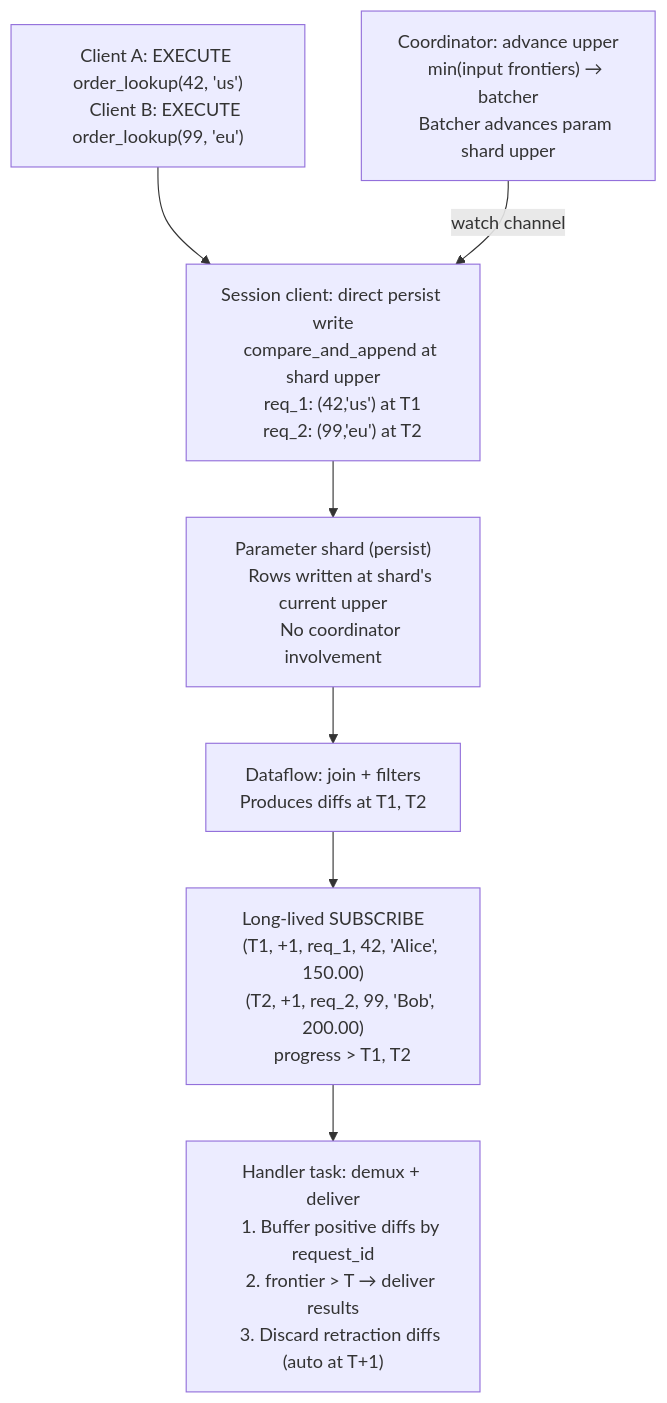
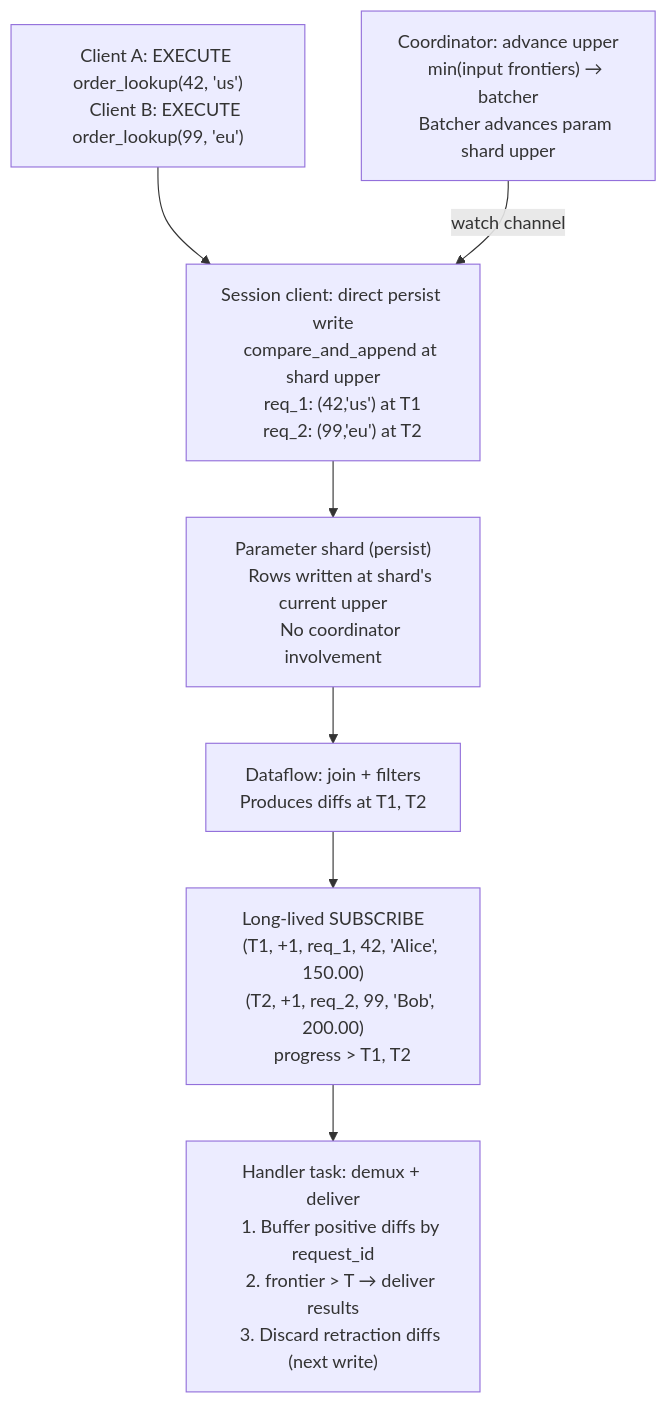
One commit to MaterializeInc/materialize changed the first of 2 diagrams in doc/developer/design/20260306_standing_queries.md. Above: the diagram before and after it, drawn with Mermaid. The commit also changed other lines of this file and 2 other files, not shown here.

````diff
--- a/doc/developer/design/20260306_standing_queries.md
+++ b/doc/developer/design/20260306_standing_queries.md
@@ -112,34 +112,34 @@
 ```mermaid
 flowchart TD
     A["Client A: EXECUTE order_lookup(42, 'us')
     Client B: EXECUTE order_lookup(99, 'eu')"]
 
     B["Session client: direct persist write
     compare_and_append at shard upper
     req_1: (42,'us') at T1
     req_2: (99,'eu') at T2"]
 
     C["Parameter shard (persist)
     Rows written at shard's current upper
     No coordinator involvement"]
 
     D["Dataflow: join + filters
     Produces diffs at T1, T2"]
 
     E["Long-lived SUBSCRIBE
     (T1, +1, req_1, 42, 'Alice', 150.00)
     (T2, +1, req_2, 99, 'Bob', 200.00)
     progress > T1, T2"]
 
     F["Handler task: demux + deliver
     1. Buffer positive diffs by request_id
     2. frontier > T → deliver results
-    3. Discard retraction diffs (auto at T+1)"]
+    3. Discard retraction diffs (next write)"]
 
     G["Coordinator: advance upper
     min(input frontiers) → batcher
     Batcher advances param shard upper"]
 
     A --> B --> C --> D --> E --> F
     G -- "watch channel" --> B
 ```
````
